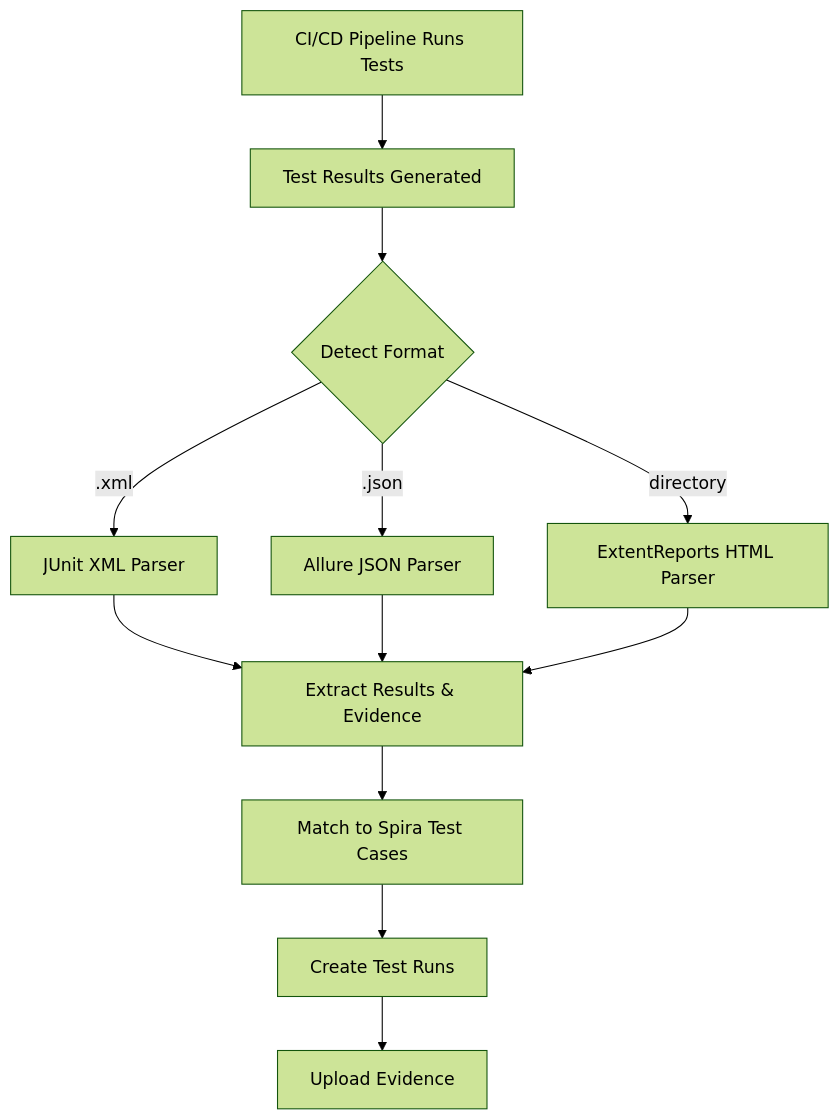
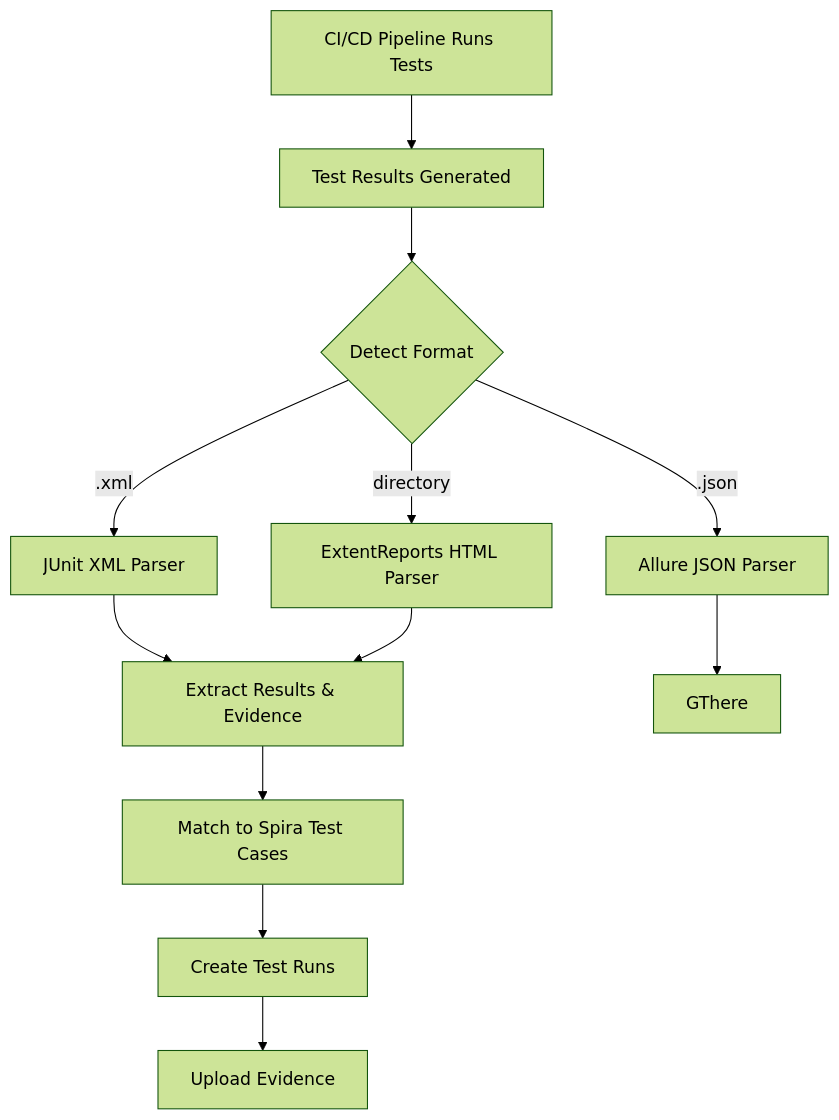
One commit to dermotcanniffe/SpiraUniversalReporter changed the diagram in README.md. Above: the diagram before and after it, drawn with Mermaid (forest theme).

````diff
--- a/README.md
+++ b/README.md
@@ -19,14 +19,14 @@
 ```mermaid
 flowchart TD
     A[CI/CD Pipeline Runs Tests] --> B[Test Results Generated]
     B --> C{Detect Format}
     C -->|.xml| D[JUnit XML Parser]
     C -->|.json| E[Allure JSON Parser]
     C -->|directory| F[ExtentReports HTML Parser]
     D --> G[Extract Results & Evidence]
-    E --> G
+    E --> GThere
     F --> G
     G --> H[Match to Spira Test Cases]
     H --> I[Create Test Runs]
     I --> J[Upload Evidence]
 ```
````
